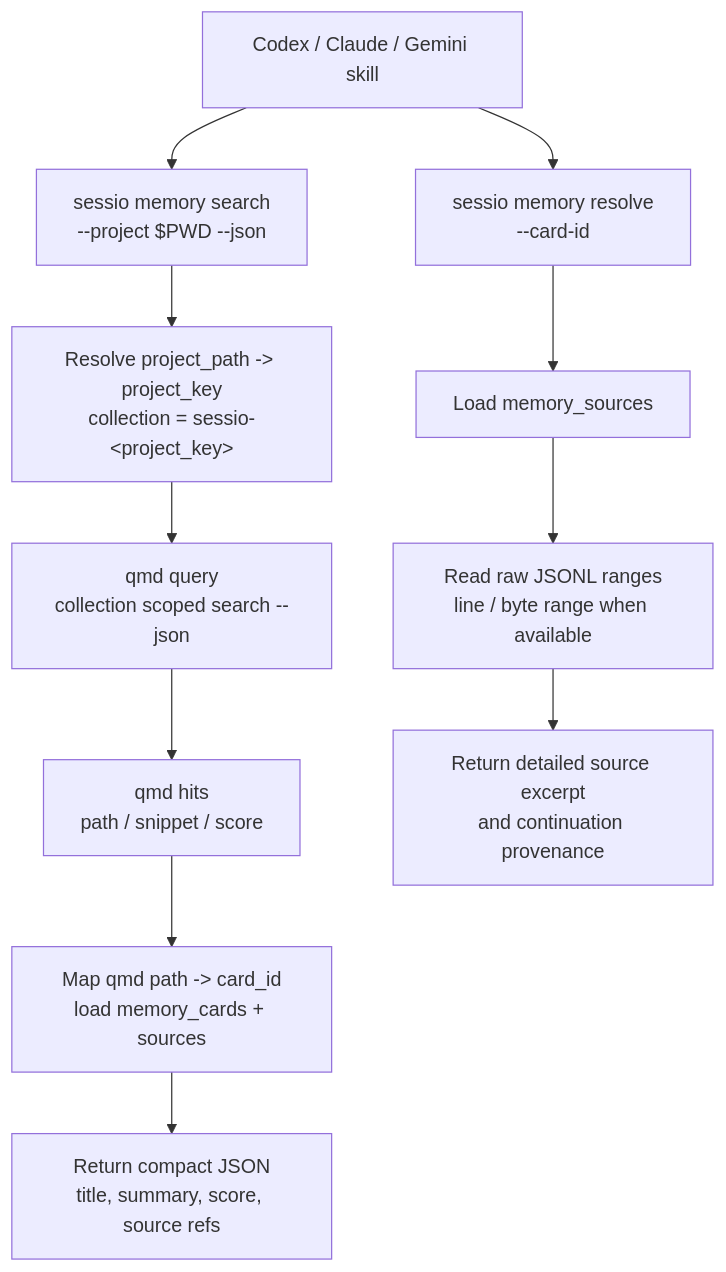
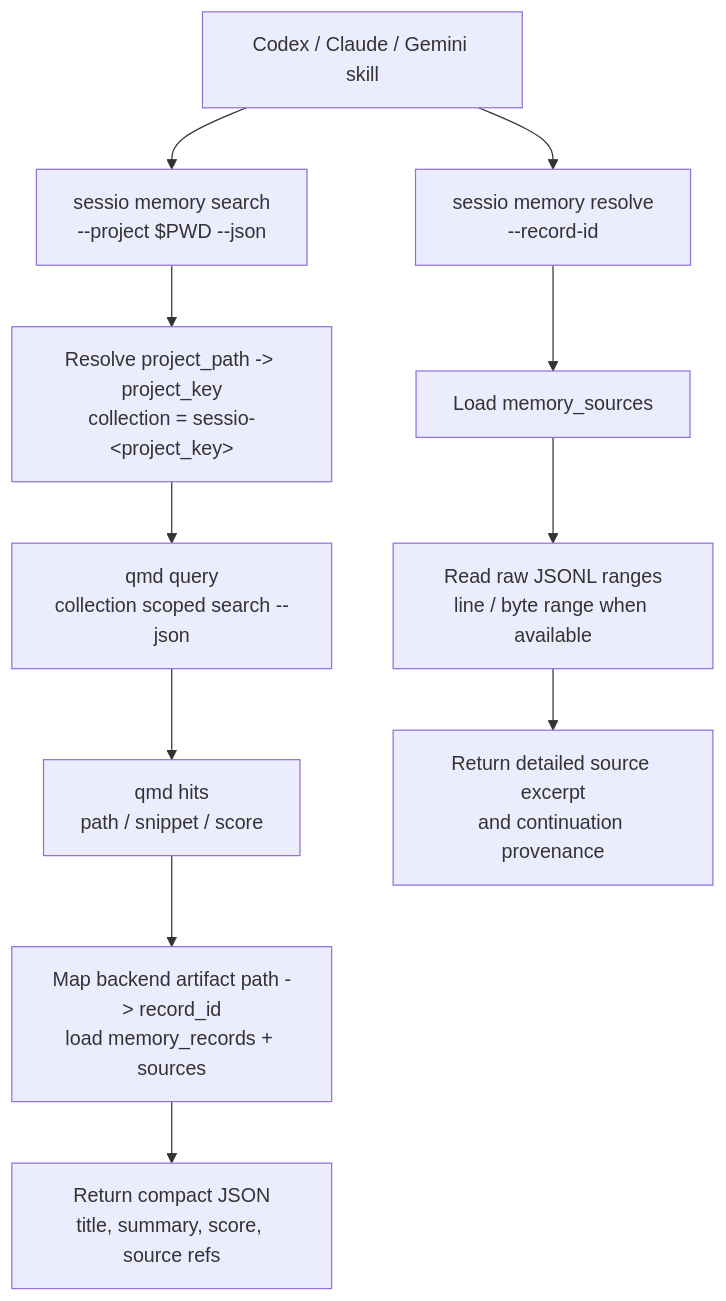
The third of 3 diagrams in docs/sessio-cli-qmd-memory-plan.md (LarchLiu/sessio), drawn with Mermaid before and after one commit. The commit also changed other lines of this file and 15 other files, not shown here.

First line of the commit message:
refactor: consolidate record schema and naming

````diff
--- a/docs/sessio-cli-qmd-memory-plan.md
+++ b/docs/sessio-cli-qmd-memory-plan.md
@@ -377,14 +378,14 @@
 ```mermaid
 flowchart TD
     Agent["Codex / Claude / Gemini skill"] --> CliSearch["sessio memory search<br/>--project $PWD --json"]
     CliSearch --> ProjectMap["Resolve project_path -> project_key<br/>collection = sessio-&lt;project_key&gt;"]
     ProjectMap --> QmdQuery["qmd query<br/>collection scoped search --json"]
     QmdQuery --> Hits["qmd hits<br/>path / snippet / score"]
-    Hits --> CardMap["Map qmd path -> card_id<br/>load memory_cards + sources"]
-    CardMap --> SearchJson["Return compact JSON<br/>title, summary, score, source refs"]
+    Hits --> RecordMap["Map backend artifact path -> record_id<br/>load memory_records + sources"]
+    RecordMap --> SearchJson["Return compact JSON<br/>title, summary, score, source refs"]
 
-    Agent --> CliResolve["sessio memory resolve<br/>--card-id"]
+    Agent --> CliResolve["sessio memory resolve<br/>--record-id"]
     CliResolve --> SourceRefs["Load memory_sources"]
     SourceRefs --> RawRead["Read raw JSONL ranges<br/>line / byte range when available"]
     RawRead --> ResolveJson["Return detailed source excerpt<br/>and continuation provenance"]
 ```
````
